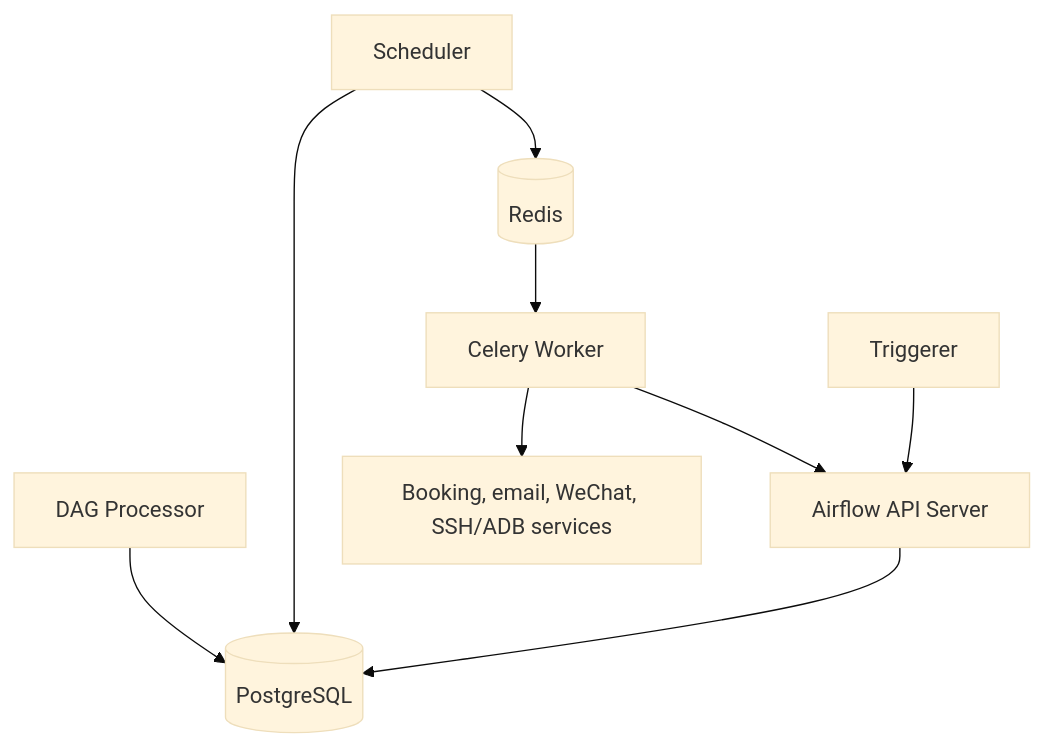
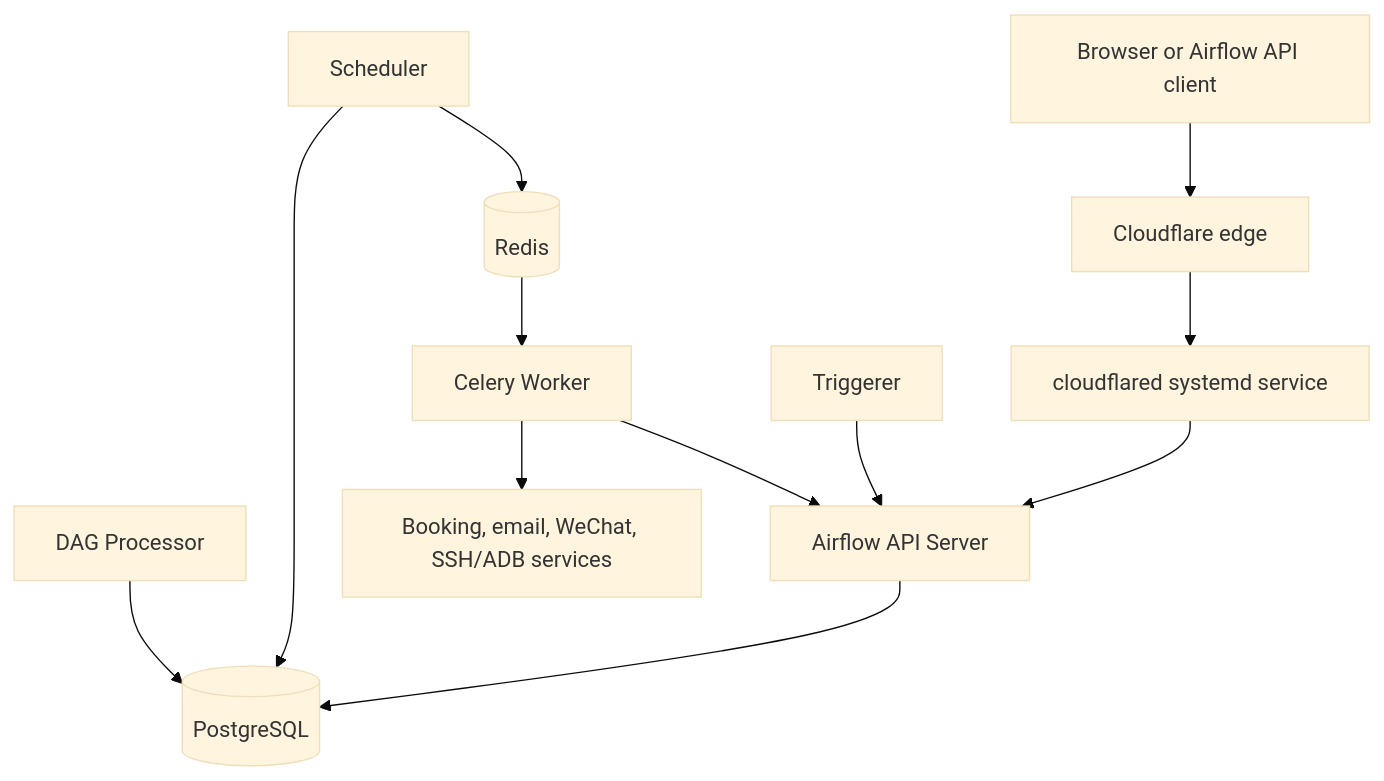
Before and after one commit to claude89757/wechat-on-airflow: the second of 2 diagrams in ARCHITECTURE.md, drawn with Mermaid (base theme). The commit also changed other lines of this file and 11 other files, not shown here.

Commit message:
feat: expose Airflow through Cloudflare Tunnel

````diff
--- a/ARCHITECTURE.md
+++ b/ARCHITECTURE.md
@@ -29,11 +29,14 @@
 ```mermaid
 flowchart TB
+    User["Browser or Airflow API client"] --> Edge["Cloudflare edge"]
+    Edge --> Tunnel["cloudflared systemd service"]
+    Tunnel --> API
     API["Airflow API Server"] --> DB[("PostgreSQL")]
     Scheduler["Scheduler"] --> DB
     DagProcessor["DAG Processor"] --> DB
     Triggerer["Triggerer"] --> API
     Scheduler --> Redis[("Redis")]
     Redis --> Worker["Celery Worker"]
     Worker --> API
     Worker --> External["Booking, email, WeChat, SSH/ADB services"]
 ```
````
